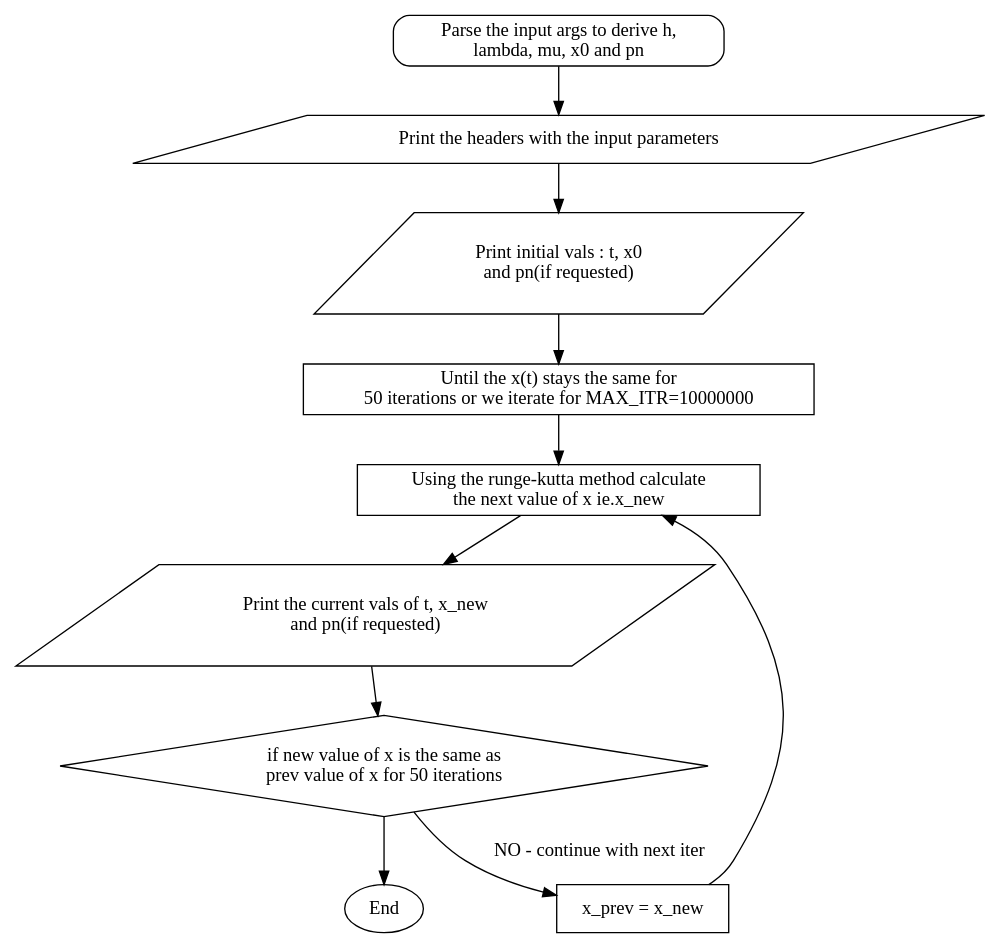
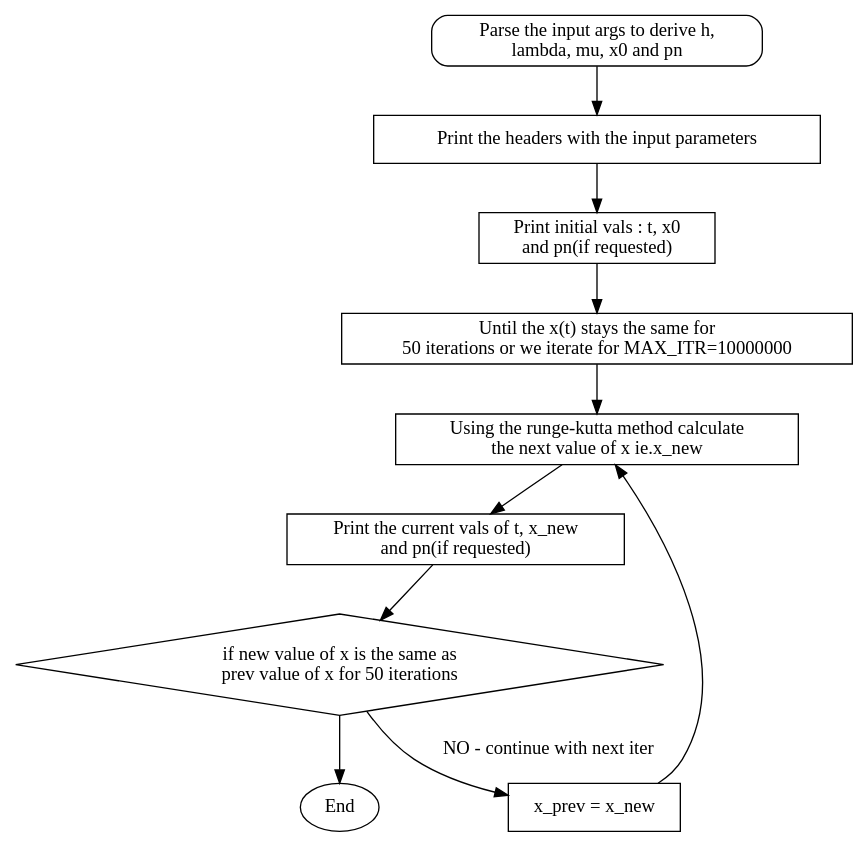
The diagram in runge-kutta.dot (mangesht/cs544-2012), drawn with Graphviz before and after one commit. The commit also changed 1 other file, not shown here.

```diff
--- a/runge-kutta.dot
+++ b/runge-kutta.dot
@@ -1,20 +1,20 @@
 digraph runge_kutta {
     input_args [shape=mrecord,style="rounded",label="Parse the input args to derive h,\nlambda, mu, x0 and pn"]
-    print_hdrs [shape=parallelogram,label="Print the headers with the input parameters"]
-    print_init_vals [shape=parallelogram,label="Print initial vals : t, x0\nand pn(if requested)"]
+    print_hdrs [shape=box,label="Print the headers with the input parameters"]
+    print_init_vals [shape=box,label="Print initial vals : t, x0\nand pn(if requested)"]
 
     loop_begin [shape=record,label="Until the x(t) stays the same for \n\50 iterations or we iterate for MAX_ITR=10000000"]
     calc_next_xval [shape=box,label="Using the runge-kutta method calculate\nthe next value of x ie.x_new"]
     
-    print_vals [shape=parallelogram,label="Print the current vals of t, x_new\nand pn(if requested)"]
+    print_vals [shape=box,label="Print the current vals of t, x_new\nand pn(if requested)"]
 
     chk_stable [shape=diamond,label="if new value of x is the same as\nprev value of x for 50 iterations"]
 
     set_next [shape=box, label="x_prev = x_new"]
    
     input_args -> print_hdrs -> print_init_vals -> loop_begin
     loop_begin -> calc_next_xval -> print_vals -> chk_stable
     chk_stable -> set_next [label="NO - continue with next iter"]
     set_next -> calc_next_xval
     chk_stable -> End
 }
```
